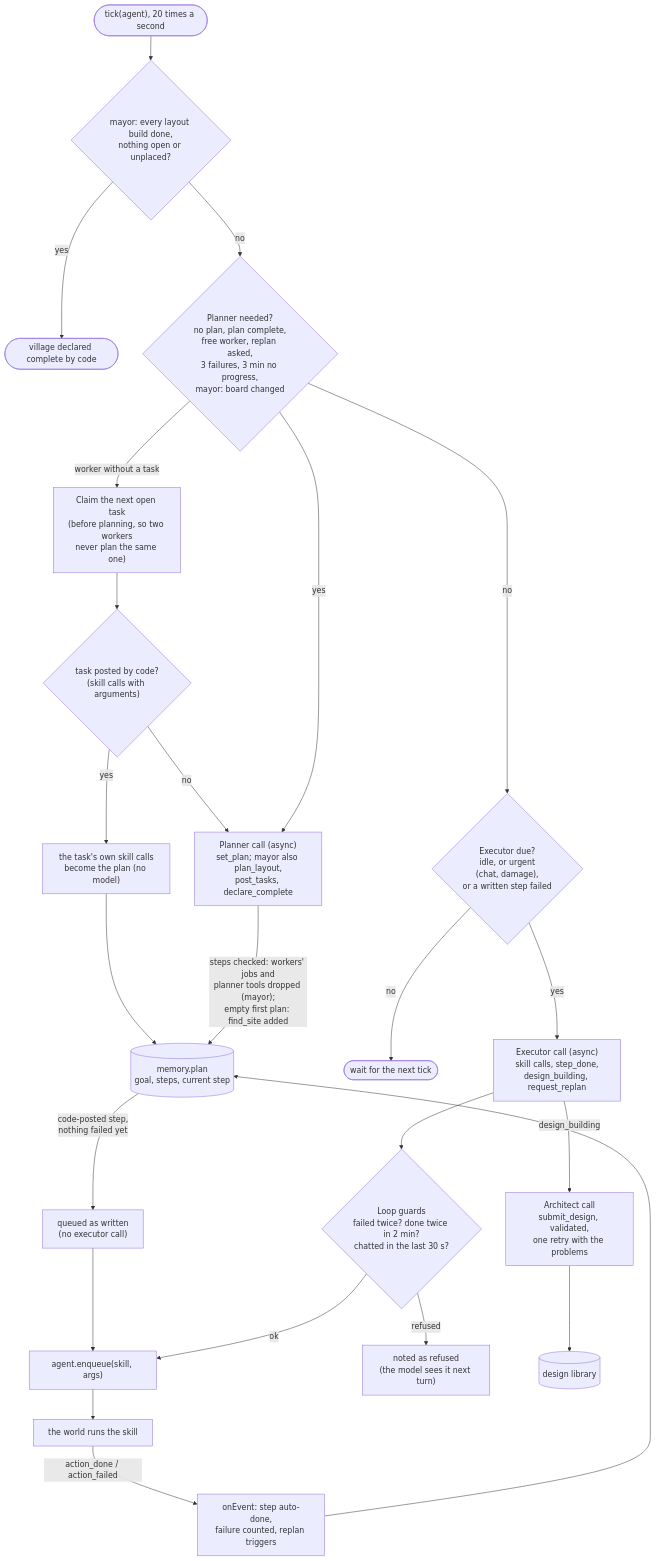
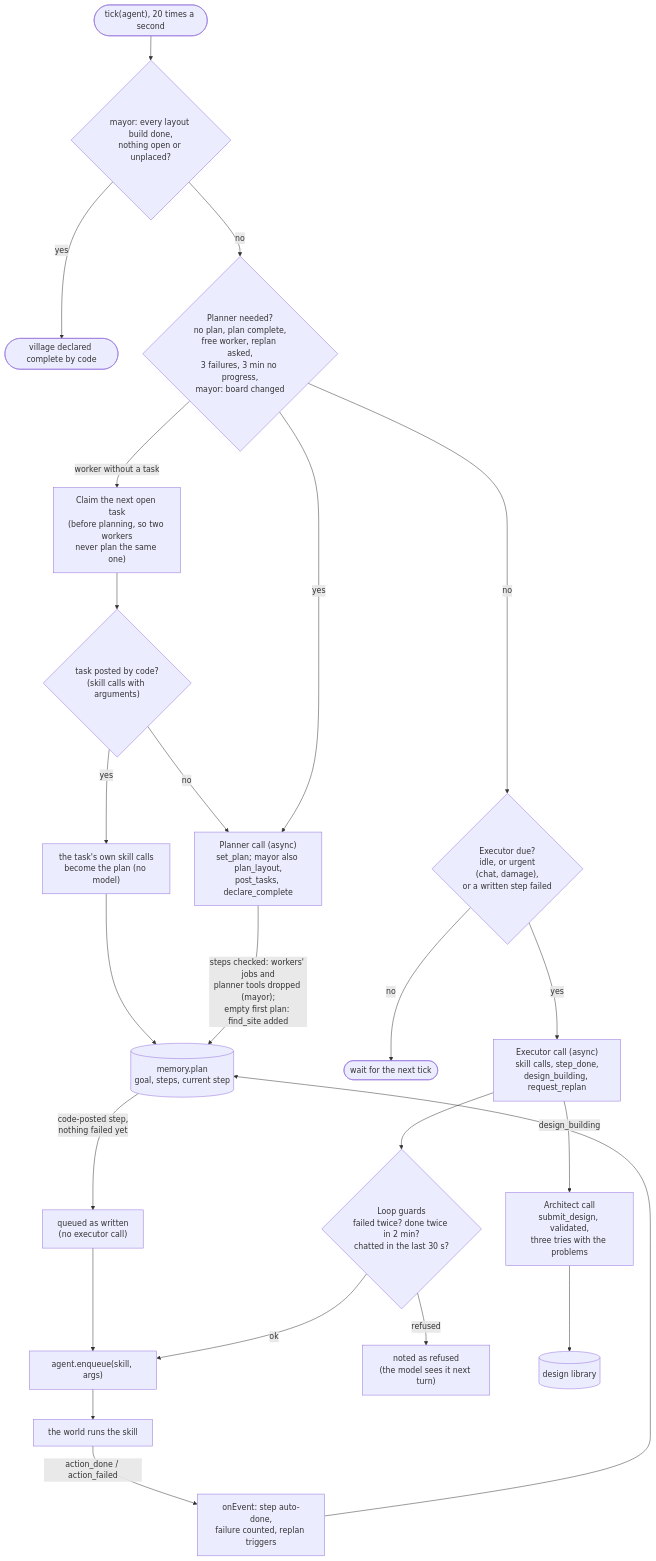
The fourth of 13 diagrams in docs/ARCHITECTURE.md (delphium226/MCAISandbox), drawn with Mermaid before and after one commit. The commit also changed other lines of this file and 3 other files, not shown here.

````diff
--- a/docs/ARCHITECTURE.md
+++ b/docs/ARCHITECTURE.md
@@ -201,26 +206,26 @@
 ```mermaid
 flowchart TD
   tick(["tick(agent), 20 times a second"]) --> donecheck{"mayor: every layout build done,<br/>nothing open or unplaced?"}
   donecheck -- yes --> complete(["village declared complete by code"])
   donecheck -- no --> planq{"Planner needed?<br/>no plan, plan complete,<br/>free worker, replan asked,<br/>3 failures, 3 min no progress,<br/>mayor: board changed"}
   planq -- "worker without a task" --> claim["Claim the next open task<br/>(before planning, so two workers<br/>never plan the same one)"]
   claim --> codetask{"task posted by code?<br/>(skill calls with arguments)"}
   codetask -- yes --> ownsteps["the task's own skill calls<br/>become the plan (no model)"]
   ownsteps --> mem
   codetask -- no --> planner
   mem -- "code-posted step,<br/>nothing failed yet" --> asis["queued as written<br/>(no executor call)"]
   asis --> queue
   planq -- yes --> planner["Planner call (async)<br/>set_plan; mayor also plan_layout,<br/>post_tasks, declare_complete"]
   planq -- no --> execq
   planner -- "steps checked: workers' jobs and<br/>planner tools dropped (mayor);<br/>empty first plan: find_site added" --> mem[("memory.plan<br/>goal, steps, current step")]
   execq{"Executor due?<br/>idle, or urgent<br/>(chat, damage),<br/>or a written step failed"} -- no --> done(["wait for the next tick"])
   execq -- yes --> executor["Executor call (async)<br/>skill calls, step_done,<br/>design_building, request_replan"]
   executor --> guard{"Loop guards<br/>failed twice? done twice in 2 min?<br/>chatted in the last 30 s?"}
   guard -- refused --> notes["noted as refused<br/>(the model sees it next turn)"]
   guard -- ok --> queue["agent.enqueue(skill, args)"]
-  executor -- design_building --> architect["Architect call<br/>submit_design, validated,<br/>one retry with the problems"]
+  executor -- design_building --> architect["Architect call<br/>submit_design, validated,<br/>three tries with the problems"]
   architect --> library[("design library")]
   queue --> skill["the world runs the skill"]
   skill -- "action_done / action_failed" --> onevent["onEvent: step auto-done,<br/>failure counted, replan triggers"]
   onevent --> mem
 ```
````
